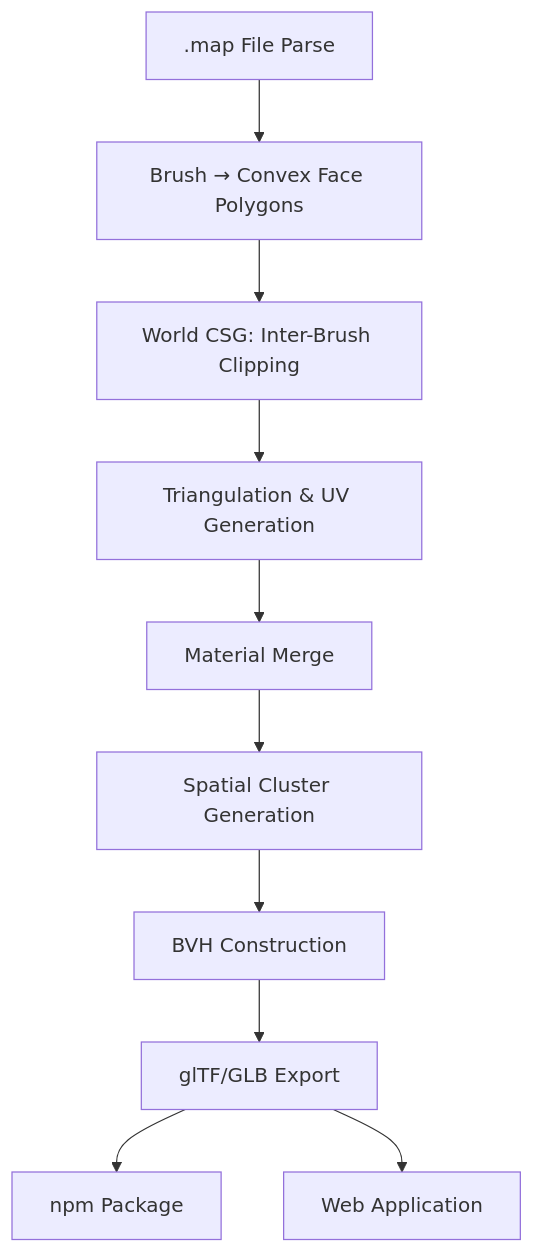
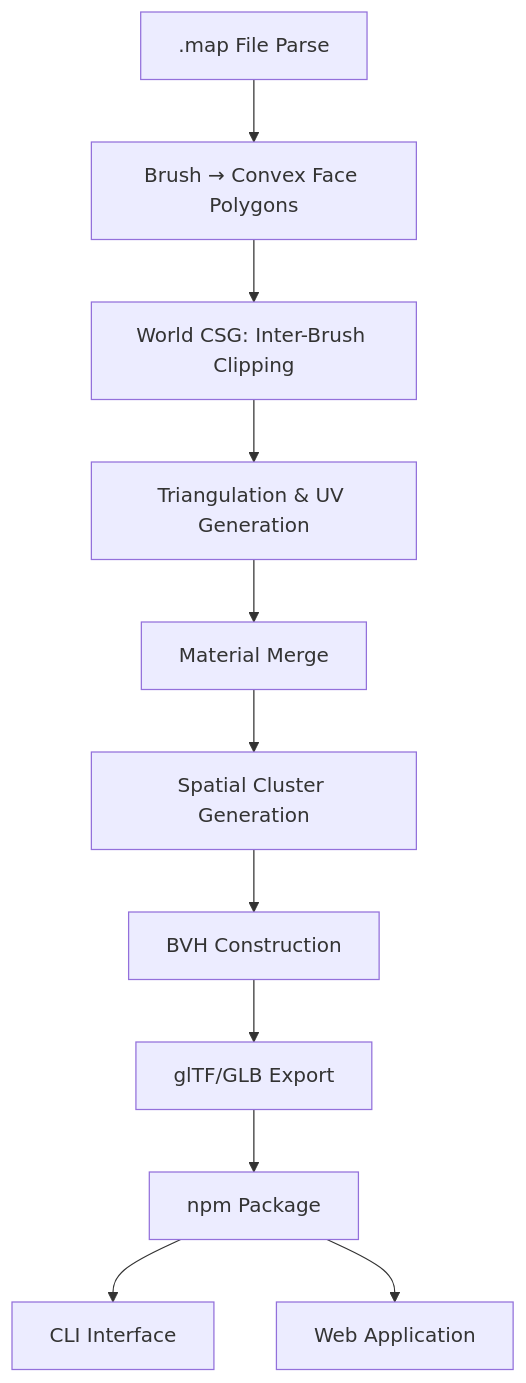
Before and after one commit to mode777/map2gltf: the first of 3 diagrams in spec/spec.md, drawn with Mermaid. The commit also changed other lines of this file and 30 other files, not shown here.

Commit message:
Update CLI improve clustering

````diff
--- a/spec/spec.md
+++ b/spec/spec.md
@@ -37,23 +40,25 @@
 ```mermaid
 flowchart TD
     A[".map File Parse"] --> B["Brush → Convex Face Polygons"]
     B --> C["World CSG: Inter-Brush Clipping"]
     C --> D["Triangulation & UV Generation"]
     D --> E["Material Merge"]
     E --> F["Spatial Cluster Generation"]
     F --> G["BVH Construction"]
     G --> H["glTF/GLB Export"]
     H --> I["npm Package"]
-    H --> J["Web Application"]
+    I --> J["CLI Interface"]
+    I --> K["Web Application"]
 
-    click A "steps/01-map-parsing.md" "Map Parsing"
-    click B "steps/02-brush-to-polygons.md" "Brush to Polygons"
-    click C "steps/03-world-csg.md" "World CSG"
-    click D "steps/04-triangulation.md" "Triangulation & UVs"
-    click E "steps/05-material-merge.md" "Material Merge"
-    click F "steps/06-clustering.md" "Clustering"
-    click G "steps/07-bvh-construction.md" "BVH Construction"
-    click H "steps/08-binary-export.md" "Binary Export"
-    click I "steps/09-npm-package.md" "npm Package"
-    click J "steps/10-web-application.md" "Web Application"
+    click A "feature/01-map-parsing.md" "Map Parsing"
+    click B "feature/02-brush-to-polygons.md" "Brush to Polygons"
+    click C "feature/03-world-csg.md" "World CSG"
+    click D "feature/04-triangulation.md" "Triangulation & UVs"
+    click E "feature/05-material-merge.md" "Material Merge"
+    click F "feature/06-clustering.md" "Clustering"
+    click G "feature/07-bvh-construction.md" "BVH Construction"
+    click H "feature/08-binary-export.md" "Binary Export"
+    click I "feature/09-npm-package.md" "npm Package"
+    click J "feature/10-cli-interface.md" "CLI Interface"
+    click K "feature/11-web-application.md" "Web Application"
 ```
````
